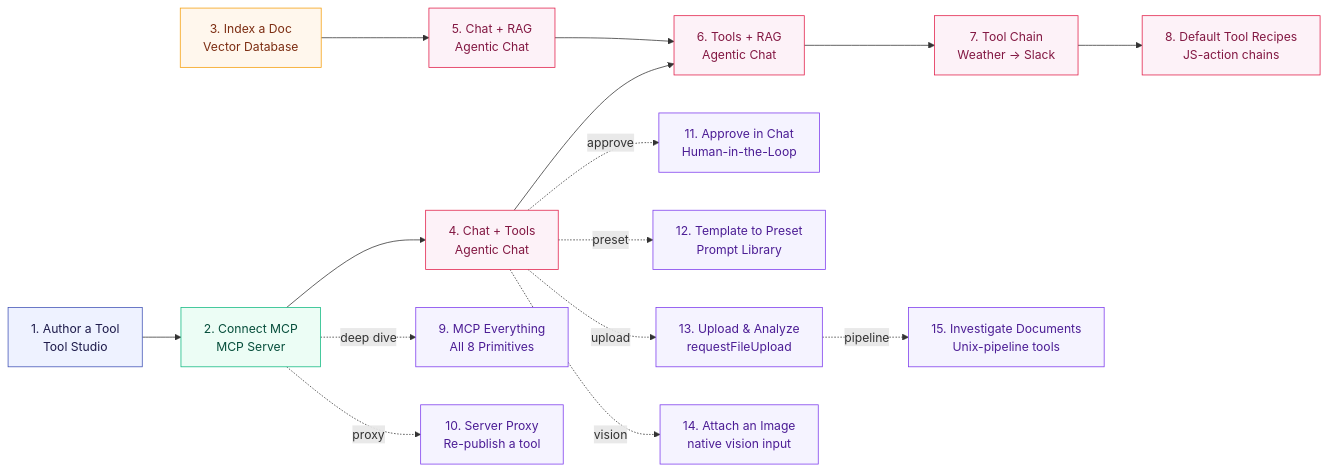
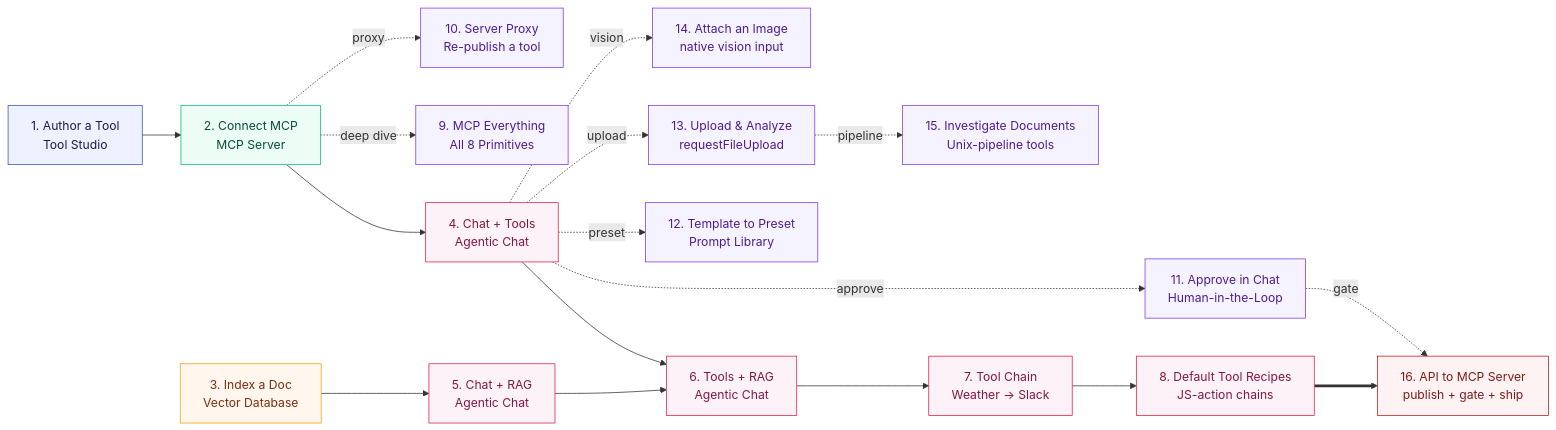
One commit to spring-ai-community/spring-ai-playground changed the diagram in docs/tutorials/index.md. Above: the diagram before and after it, drawn with Mermaid. The commit also changed other lines of this file and 52 other files, not shown here.

Commit message:
docs: rework downloads and rag pages, add api to the mcp server tutorial, correct the enricher notes

````diff
--- a/docs/tutorials/index.md
+++ b/docs/tutorials/index.md
@@ -11,42 +11,47 @@
 ```mermaid
 flowchart LR
   T1["1. Author a Tool<br/>Tool Studio"]
   T2["2. Connect MCP<br/>MCP Server"]
   T3["3. Index a Doc<br/>Vector Database"]
   T4["4. Chat + Tools<br/>Agentic Chat"]
   T5["5. Chat + RAG<br/>Agentic Chat"]
   T6["6. Tools + RAG<br/>Agentic Chat"]
   T7["7. Tool Chain<br/>Weather → Slack"]
   T8["8. Default Tool Recipes<br/>JS-action chains"]
   T9["9. MCP Everything<br/>All 8 Primitives"]
   T10["10. Server Proxy<br/>Re-publish a tool"]
   T11["11. Approve in Chat<br/>Human-in-the-Loop"]
   T12["12. Template to Preset<br/>Prompt Library"]
   T13["13. Upload & Analyze<br/>requestFileUpload"]
   T14["14. Attach an Image<br/>native vision input"]
   T15["15. Investigate Documents<br/>Unix-pipeline tools"]
+  T16["16. API to MCP Server<br/>publish + gate + ship"]
   T1 --> T2
   T2 --> T4
   T3 --> T5
   T4 --> T6
   T5 --> T6
   T6 --> T7
   T7 --> T8
   T2 -. deep dive .-> T9
   T2 -. proxy .-> T10
   T4 -. approve .-> T11
   T4 -. preset .-> T12
   T4 -. upload .-> T13
   T4 -. vision .-> T14
   T13 -. pipeline .-> T15
+  T8 ==> T16
+  T11 -. gate .-> T16
   classDef build fill:#eef2ff,stroke:#3F51B5,color:#1e1b4b
   classDef validate fill:#ecfdf5,stroke:#10b981,color:#064e3b
   classDef ground fill:#fff7ed,stroke:#f59e0b,color:#7c2d12
   classDef compose fill:#fdf2f8,stroke:#e11d48,color:#831843
   classDef bonus fill:#f5f3ff,stroke:#7c3aed,color:#4c1d95
+  classDef ship fill:#fef2f2,stroke:#b91c1c,color:#7f1d1d
   class T1 build
   class T2 validate
   class T3 ground
   class T4,T5,T6,T7,T8 compose
   class T9,T10,T11,T12,T13,T14,T15 bonus
+  class T16 ship
 ```
````
